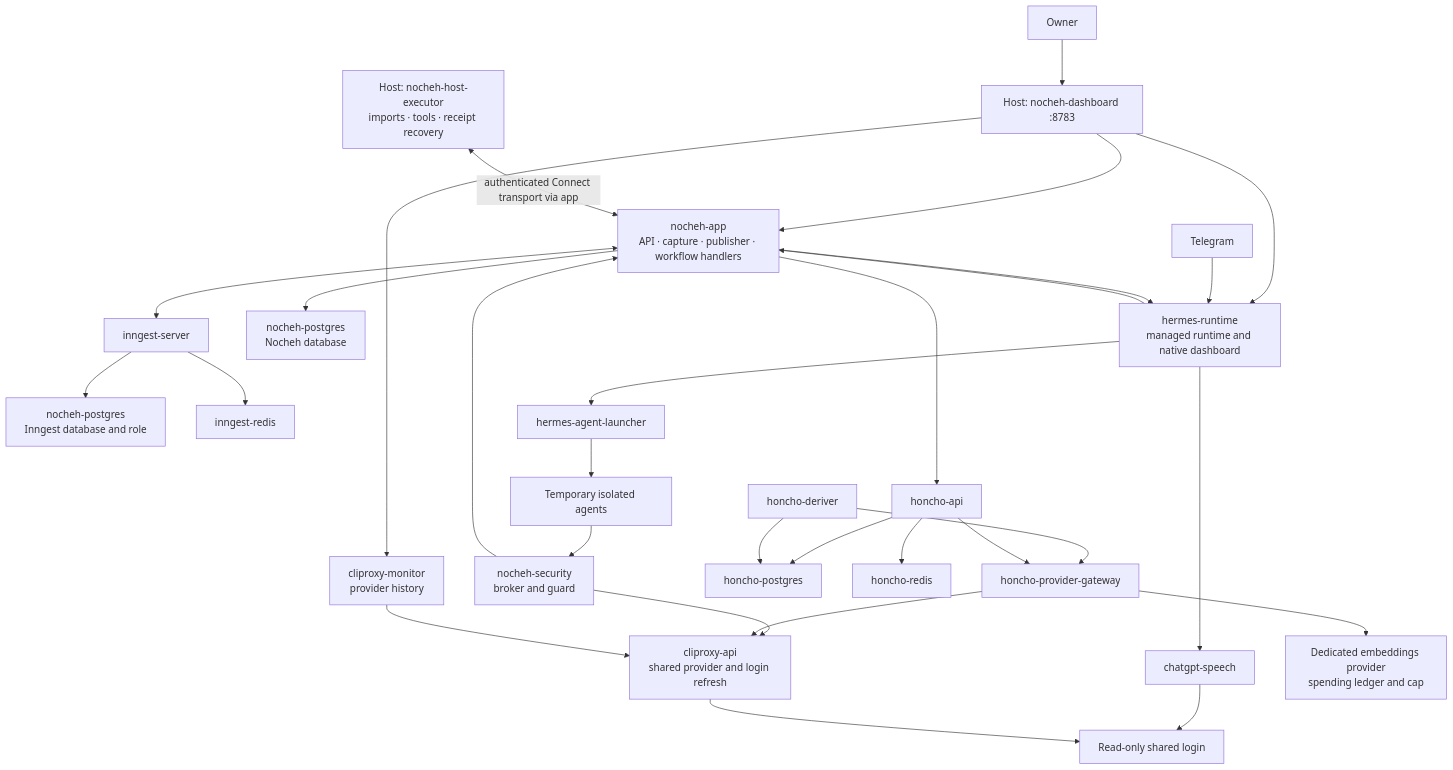
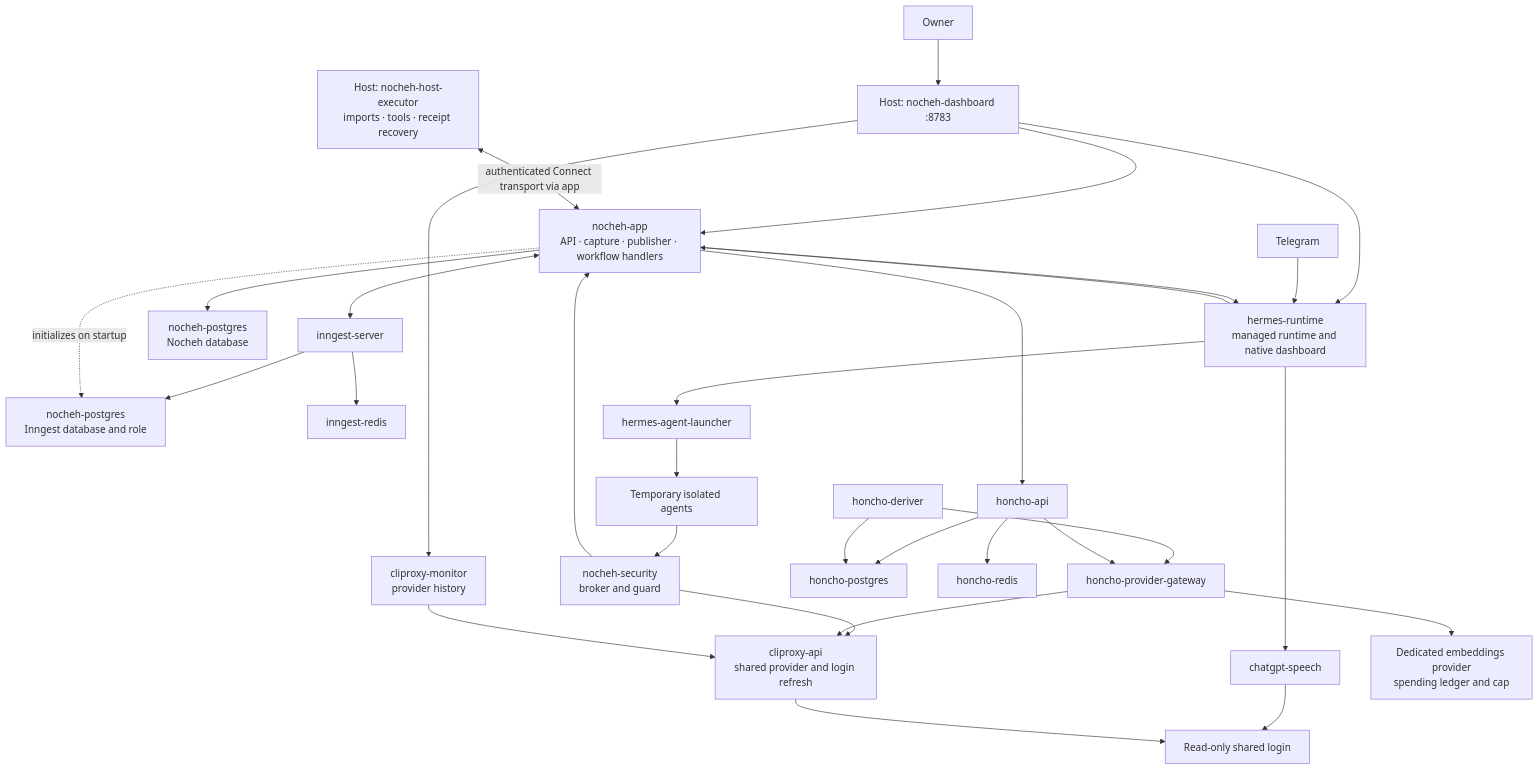
The diagram in docs/services.md (devbymak/nocheh), drawn with Mermaid before and after one commit. The commit also changed other lines of this file and 14 other files, not shown here.

````diff
--- a/docs/services.md
+++ b/docs/services.md
@@ -46,32 +45,33 @@
 ```mermaid
 flowchart TB
     Owner[Owner] --> Dashboard[Host: nocheh-dashboard :8783]
     Dashboard --> App[nocheh-app\nAPI · capture · publisher · workflow handlers]
     Dashboard --> Hermes[hermes-runtime\nmanaged runtime and native dashboard]
     Dashboard --> Monitor[cliproxy-monitor\nprovider history]
     Telegram[Telegram] --> Hermes
     Hermes --> App
     App --> PG[nocheh-postgres\nNocheh database]
     App <--> Engine[inngest-server]
     Host[Host: nocheh-host-executor\nimports · tools · receipt recovery] <-->|authenticated Connect transport via app| App
     Engine --> EngineDB[nocheh-postgres\nInngest database and role]
+    App -.->|initializes on startup| EngineDB
     Engine --> Queue[inngest-redis]
     App --> Hermes
     Hermes --> Launcher[hermes-agent-launcher]
     Launcher --> Agents[Temporary isolated agents]
     Agents --> Security[nocheh-security\nbroker and guard]
     Security --> App
     Security --> Provider[cliproxy-api\nshared provider and login refresh]
     Hermes --> Speech[chatgpt-speech]
     Speech --> Login[Read-only shared login]
     Provider --> Login
     App --> Memory[honcho-api]
     Memory --> MemoryDB[honcho-postgres]
     Deriver[honcho-deriver] --> MemoryDB
     Memory --> Cache[honcho-redis]
     Deriver --> Gateway[honcho-provider-gateway]
     Memory --> Gateway
     Gateway --> Provider
     Gateway --> Embeddings[Dedicated embeddings provider\nspending ledger and cap]
     Monitor --> Provider
 ```
````
